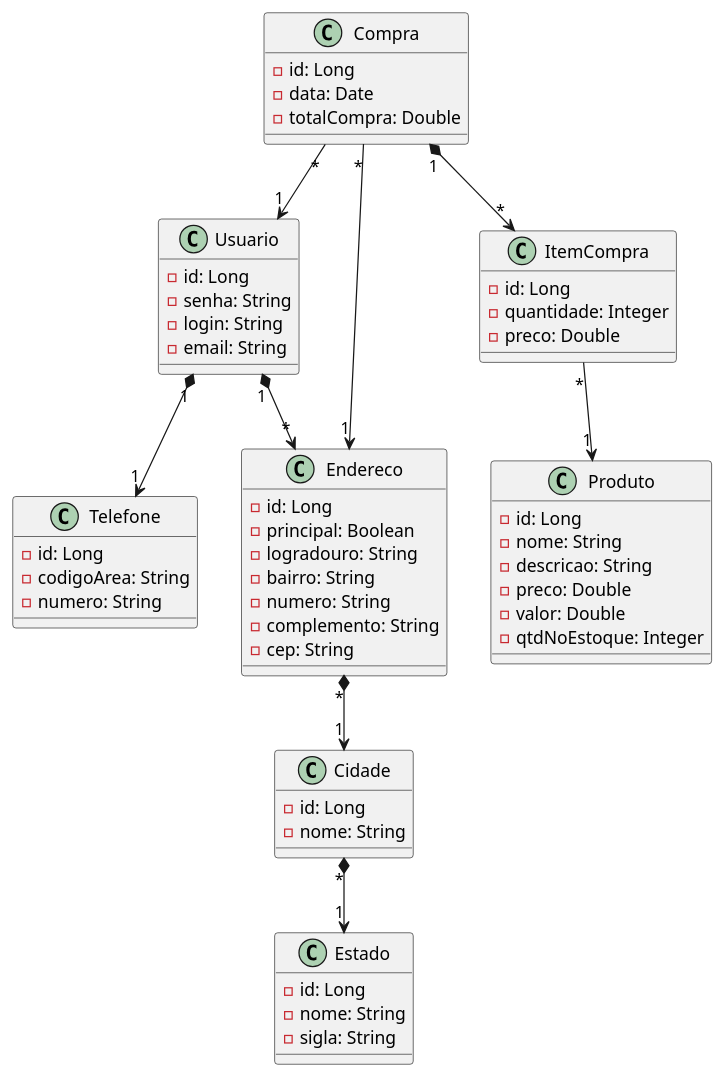
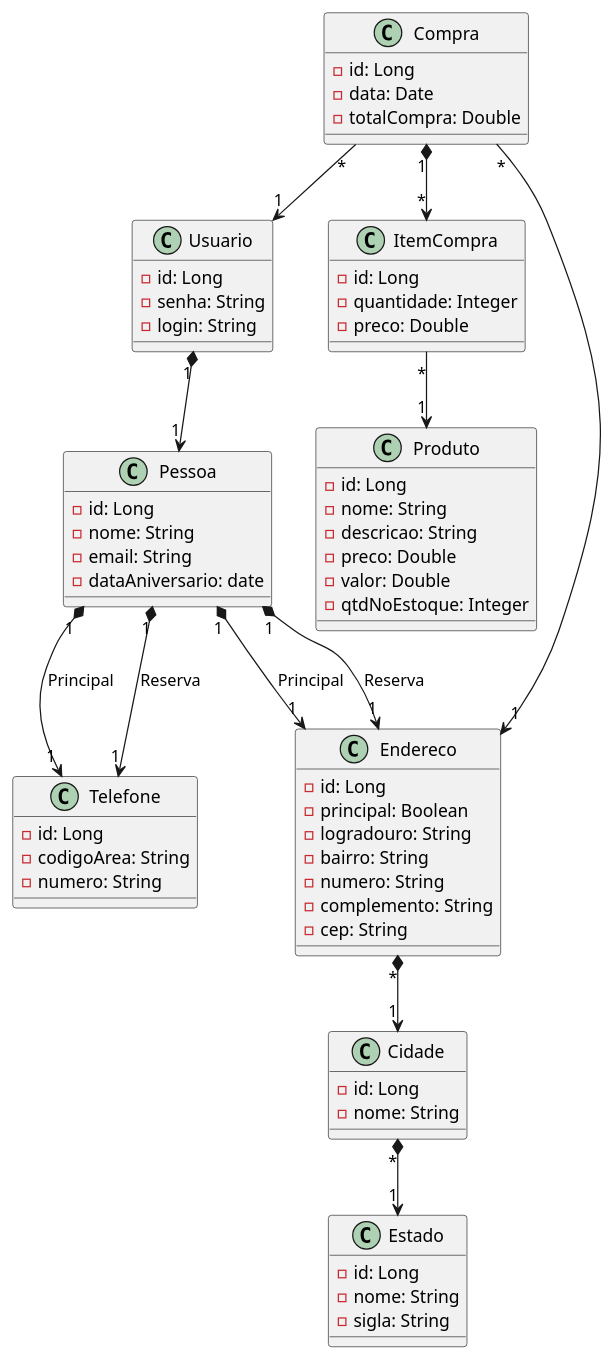
One commit to daniel-ferreira-da-costa/tabacaria-topicos1 changed the diagram in src/main/java/unitins/UML/uml_tabacaria.plantuml. Above: the diagram before and after it, drawn with PlantUML. The commit also changed 21 other files, not shown here.

```diff
--- a/src/main/java/unitins/UML/uml_tabacaria.plantuml
+++ b/src/main/java/unitins/UML/uml_tabacaria.plantuml
@@ -1,73 +1,82 @@
 @startuml Tabacaria
 '========Produto========='
 class Produto {
     - id: Long
     - nome: String
     - descricao: String
     - preco: Double
     - valor: Double
     - qtdNoEstoque: Integer
 }
 
 '========Usuario========='
 class Usuario{
     - id: Long
     - senha: String
     - login: String
-    - email: String
+    
 }
 
 class Telefone {
     - id: Long
     - codigoArea: String
     - numero: String
 }
 
+class Pessoa {
+    - id: Long
+    - nome: String
+    - email: String
+    - dataAniversario: date
+}
 '========Venda========='
 class Compra {
     - id: Long
     - data: Date
     - totalCompra: Double
 }
 
 class ItemCompra {
     - id: Long
     - quantidade: Integer
     - preco: Double
 }
 
 '========Endereço========='
 class Endereco {
     - id: Long
     - principal: Boolean
     - logradouro: String
     - bairro: String
     - numero: String
     - complemento: String
     - cep: String
 }
 class Estado{
     - id: Long
     - nome: String
     - sigla: String
 }
 
 class Cidade{
     - id: Long
     - nome: String
 }
 
 '========Relacionamentos========='
 Compra "1" *--> "*" ItemCompra
 Compra "*" --> "1" Usuario
 Compra "*" --> "1" Endereco
 
 ItemCompra "*" --> "1" Produto
 
-Usuario "1" *--> "1" Telefone
-Usuario "1" *--> "*" Endereco
+Pessoa "1" *--> "1" Telefone : Principal
+Pessoa "1" *--> "1" Telefone : Reserva
+Pessoa "1" *--> "1" Endereco : Principal
+Pessoa "1" *--> "1" Endereco : Reserva
+Usuario "1" *--> "1" Pessoa
 
 Endereco "*" *--> "1" Cidade
 Cidade "*" *--> "1" Estado
 
 @enduml
```
